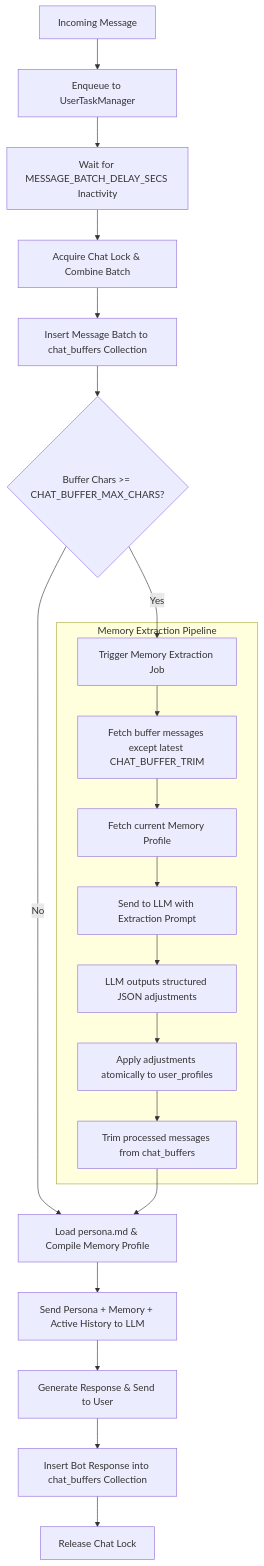
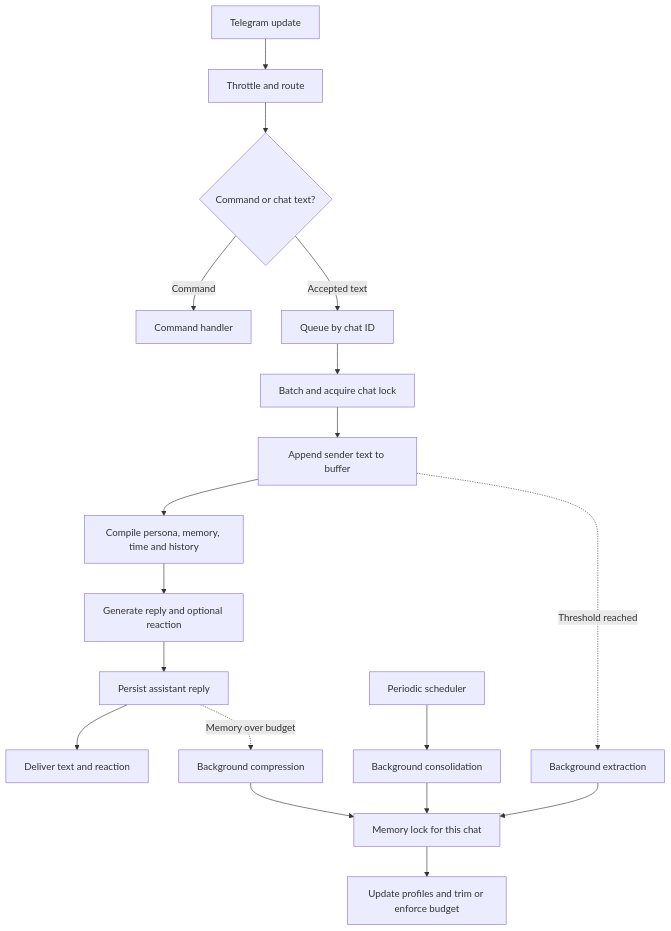
Before and after one commit to TechShreyash/ThinkMate: the second of 2 diagrams in docs/architecture.md, drawn with Mermaid. The commit also changed other lines of this file and 30 other files, not shown here.

````diff
--- a/docs/architecture.md
+++ b/docs/architecture.md
@@ -68,25 +25,20 @@
 ```mermaid
-graph TD
-    A[Incoming Message] --> B[Enqueue to UserTaskManager]
-    B --> C[Wait for MESSAGE_BATCH_DELAY_SECS Inactivity]
-    C --> D[Acquire Chat Lock & Combine Batch]
-    D --> E[Insert Message Batch to chat_buffers Collection]
-    E --> F{Buffer Chars >= CHAT_BUFFER_MAX_CHARS?}
-    F -->|No| G[Load persona.md & Compile Memory Profile]
-    F -->|Yes| H[Trigger Memory Extraction Job]
-    
-    subgraph Memory Extraction Pipeline
-        H --> H1[Fetch buffer messages except latest CHAT_BUFFER_TRIM]
-        H1 --> H2[Fetch current Memory Profile]
-        H2 --> H3[Send to LLM with Extraction Prompt]
-        H3 --> H4[LLM outputs structured JSON adjustments]
-        H4 --> H5[Apply adjustments atomically to user_profiles]
-        H5 --> H6[Trim processed messages from chat_buffers]
-    end
-    
-    H6 --> G
-    G --> I[Send Persona + Memory + Active History to LLM]
-    I --> J[Generate Response & Send to User]
-    J --> K[Insert Bot Response into chat_buffers Collection]
-    K --> L[Release Chat Lock]
+flowchart TD
+    A[Telegram update] --> B[Throttle and route]
+    B --> C{Command or chat text?}
+    C -->|Command| D[Command handler]
+    C -->|Accepted text| E[Queue by chat ID]
+    E --> F[Batch and acquire chat lock]
+    F --> G[Append sender text to buffer]
+    G --> H[Compile persona, memory, time and history]
+    H --> I[Generate reply and optional reaction]
+    I --> J[Persist assistant reply]
+    J --> K[Deliver text and reaction]
+    G -. Threshold reached .-> X[Background extraction]
+    J -. Memory over budget .-> Y[Background compression]
+    S[Periodic scheduler] --> Z[Background consolidation]
+    X --> M[Memory lock for this chat]
+    Y --> M
+    Z --> M
+    M --> P[Update profiles and trim or enforce budget]
 ```
````
